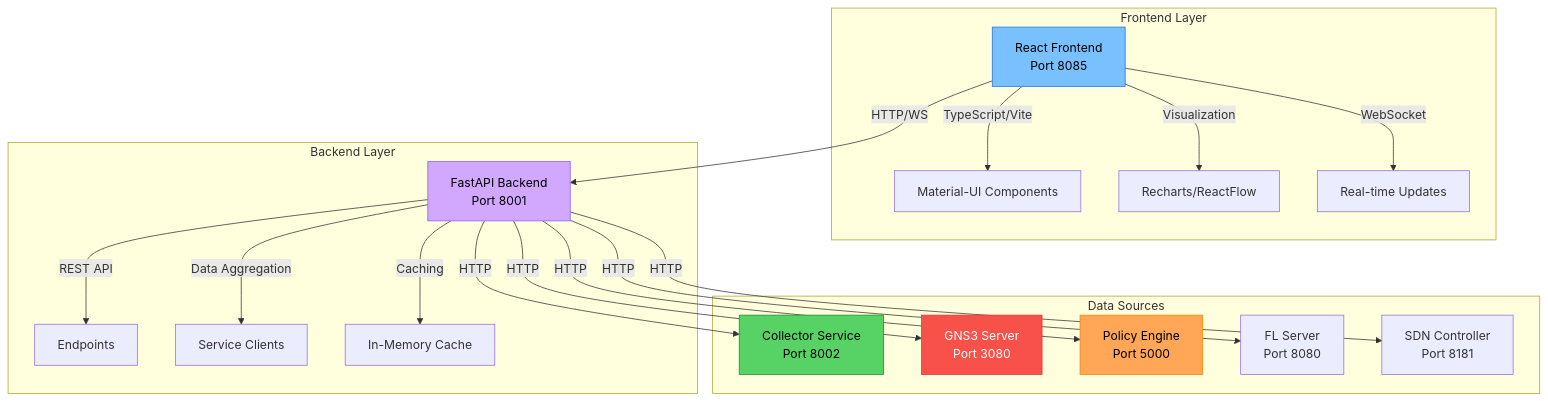
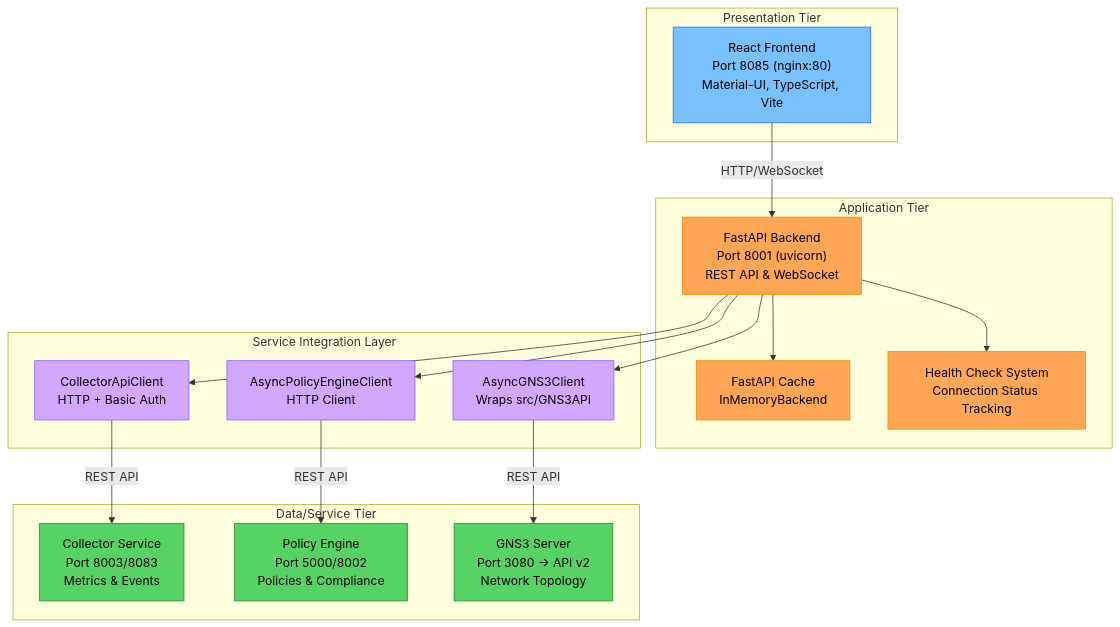
One commit to abdulmeLINK/flopy-net changed the diagram in docs/docs/components/dashboard.md. Above: the diagram before and after it, drawn with Mermaid. The commit also changed other lines of this file and 42 other files, not shown here.

````diff
--- a/docs/docs/components/dashboard.md
+++ b/docs/docs/components/dashboard.md
@@ -13,37 +13,45 @@
 ```mermaid
 graph TB
-    subgraph "Frontend Layer"
-        FE[React Frontend<br/>Port 8085]
-        FE --> |TypeScript/Vite| UI[Material-UI Components]
-        FE --> |Visualization| VIZ[Recharts/ReactFlow]
-        FE --> |WebSocket| WS[Real-time Updates]
+    subgraph "Presentation Tier"
+        Frontend["React Frontend<br/>Port 8085 (nginx:80)<br/>Material-UI, TypeScript, Vite"]
     end
     
-    subgraph "Backend Layer"
-        BE[FastAPI Backend<br/>Port 8001]
-        BE --> |REST API| API[Endpoints]
-        BE --> |Data Aggregation| AGG[Service Clients]
-        BE --> |Caching| CACHE[In-Memory Cache]
+    subgraph "Application Tier"
+        Backend["FastAPI Backend<br/>Port 8001 (uvicorn)<br/>REST API & WebSocket"]
+        Cache["FastAPI Cache<br/>InMemoryBackend"]
+        Health["Health Check System<br/>Connection Status Tracking"]
     end
     
-    subgraph "Data Sources"
-        COLLECTOR[Collector Service<br/>Port 8002]
-        GNS3[GNS3 Server<br/>Port 3080]
-        POLICY[Policy Engine<br/>Port 5000]
-        FL[FL Server<br/>Port 8080]
-        SDN[SDN Controller<br/>Port 8181]
+    subgraph "Service Integration Layer"
+        CollectorClient["CollectorApiClient<br/>HTTP + Basic Auth"]
+        GNS3Client["AsyncGNS3Client<br/>Wraps src/GNS3API"]
+        PolicyClient["AsyncPolicyEngineClient<br/>HTTP Client"]
     end
     
-    FE --> |HTTP/WS| BE
-    BE --> |HTTP| COLLECTOR
-    BE --> |HTTP| GNS3
-    BE --> |HTTP| POLICY
-    BE --> |HTTP| FL
-    BE --> |HTTP| SDN
+    subgraph "Data/Service Tier"
+        Collector["Collector Service<br/>Port 8003/8083<br/>Metrics & Events"]
+        PolicyEngine["Policy Engine<br/>Port 5000/8002<br/>Policies & Compliance"]
+        GNS3["GNS3 Server<br/>Port 3080 → API v2<br/>Network Topology"]
+    end
     
-    style FE fill:#79c0ff,stroke:#1f6feb,color:#000
-    style BE fill:#d2a8ff,stroke:#8b5cf6,color:#000
-    style COLLECTOR fill:#56d364,stroke:#238636,color:#000
-    style GNS3 fill:#f85149,stroke:#da3633,color:#fff
-    style POLICY fill:#ffa657,stroke:#fb8500,color:#000
+    Frontend -->|HTTP/WebSocket| Backend
+    Backend --> Cache
+    Backend --> Health
+    Backend --> CollectorClient
+    Backend --> GNS3Client
+    Backend --> PolicyClient
+    CollectorClient -->|REST API| Collector
+    PolicyClient -->|REST API| PolicyEngine
+    GNS3Client -->|REST API| GNS3
+    
+    classDef frontend fill:#79c0ff,stroke:#1f6feb,color:#000
+    classDef backend fill:#ffa657,stroke:#fb8500,color:#000
+    classDef integration fill:#d2a8ff,stroke:#8b5cf6,color:#000
+    classDef services fill:#56d364,stroke:#238636,color:#000
+    
+    class Frontend frontend
+    class Backend,Cache,Health backend
+    class CollectorClient,GNS3Client,PolicyClient integration
+    class Backend backend
+    class Collector,PolicyEngine,GNS3,FL services
 ```
````
